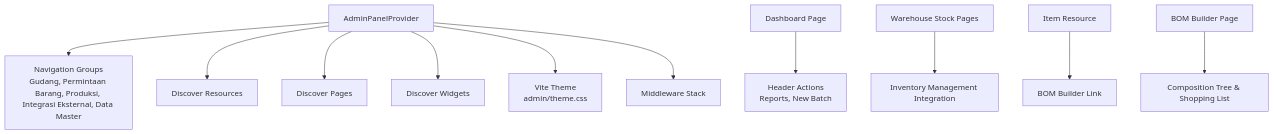
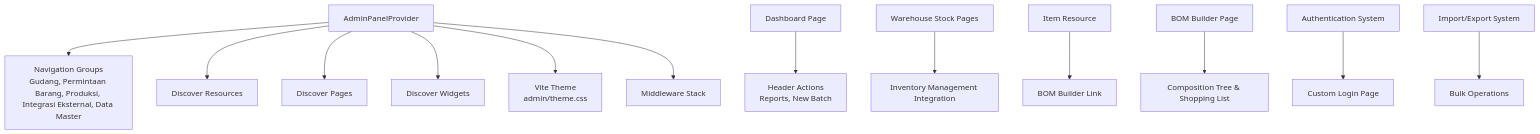
Before and after one commit to Dikksap/laravel_RsvHelmet: the first of 18 diagrams in .qoder/repowiki/en/content/Filament Admin Panel/Filament Admin Panel.md, drawn with Mermaid. The commit also changed other lines of this file and 2 other files, not shown here.

Commit message:
Update exported_at timestamp in _index.yaml to reflect new export date

````diff
--- a/.qoder/repowiki/en/content/Filament Admin Panel/Filament Admin Panel.md
+++ b/.qoder/repowiki/en/content/Filament Admin Panel/Filament Admin Panel.md
@@ -55,13 +56,15 @@
 ```mermaid
 graph TB
 Provider["AdminPanelProvider"] --> NavGroups["Navigation Groups<br/>Gudang, Permintaan Barang, Produksi, Integrasi Eksternal, Data Master"]
 Provider --> DiscoverResources["Discover Resources"]
 Provider --> DiscoverPages["Discover Pages"]
 Provider --> DiscoverWidgets["Discover Widgets"]
 Provider --> Theme["Vite Theme<br/>admin/theme.css"]
 Provider --> Middleware["Middleware Stack"]
 DashboardPage["Dashboard Page"] --> HeaderActions["Header Actions<br/>Reports, New Batch"]
 WarehousePages["Warehouse Stock Pages"] --> InventoryIntegration["Inventory Management Integration"]
 ItemRes["Item Resource"] --> BomLink["BOM Builder Link"]
 BomPage["BOM Builder Page"] --> BOMTree["Composition Tree & Shopping List"]
+AuthSystem["Authentication System"] --> LoginCustom["Custom Login Page"]
+ImportExport["Import/Export System"] --> BulkOperations["Bulk Operations"]
 ```
````
